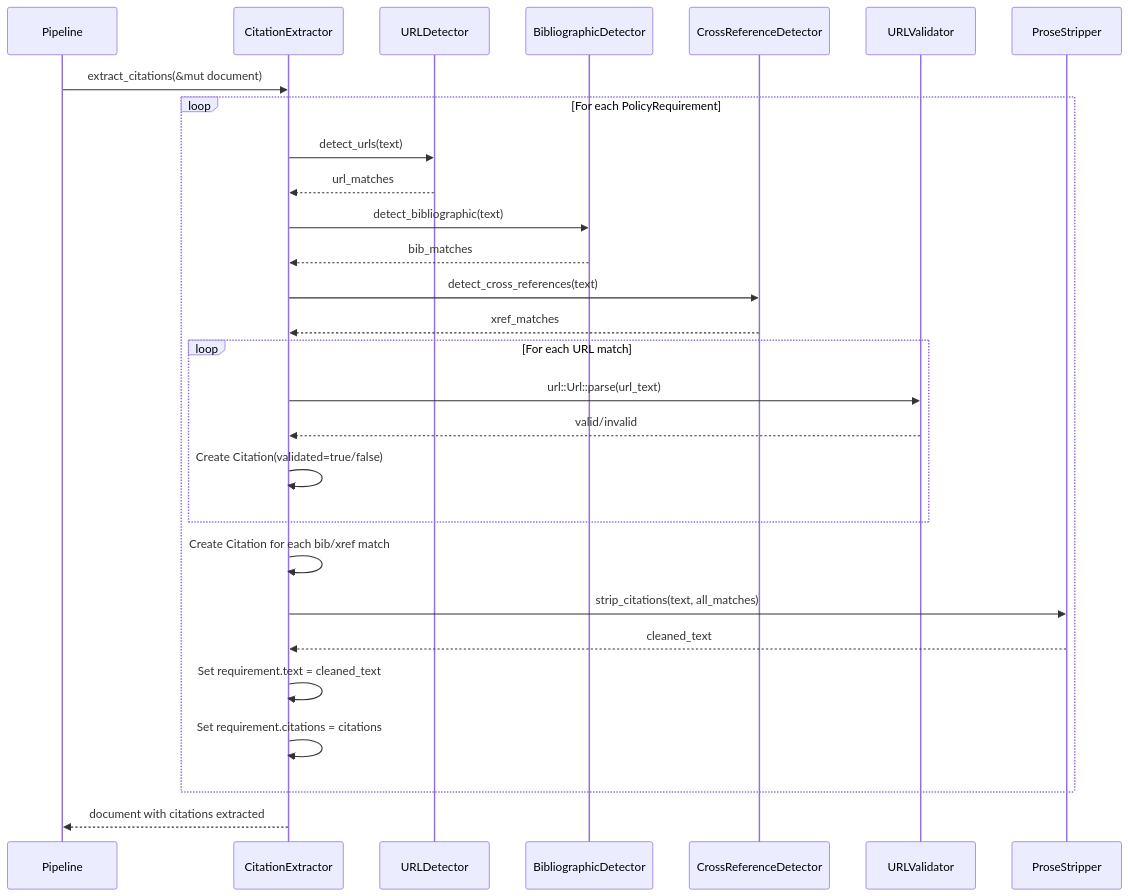
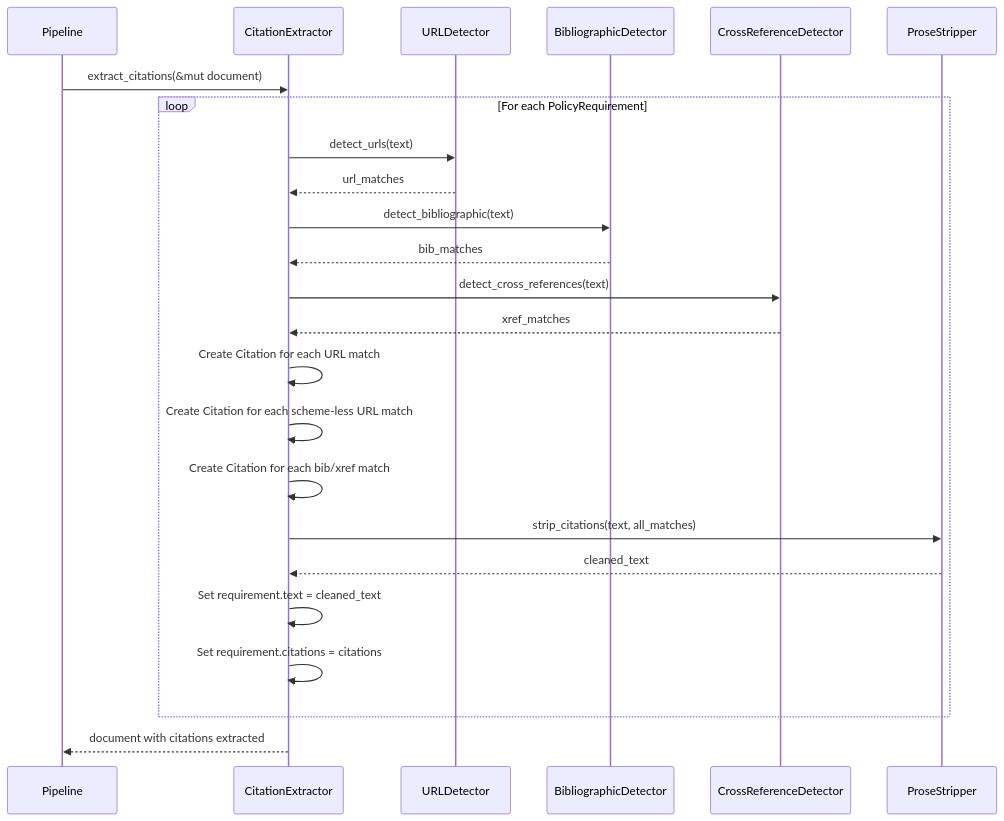
One commit to policy-forge/forge changed the third of 3 diagrams in docs/AR/008-ar-citation-extraction.md. Above: the diagram before and after it, drawn with Mermaid. The commit also changed other lines of this file and 5 other files, not shown here.

````diff
--- a/docs/AR/008-ar-citation-extraction.md
+++ b/docs/AR/008-ar-citation-extraction.md
@@ -274,31 +271,27 @@
 ```mermaid
 sequenceDiagram
     participant P as Pipeline
     participant E as CitationExtractor
     participant U as URLDetector
     participant B as BibliographicDetector
     participant X as CrossReferenceDetector
-    participant V as URLValidator
     participant S as ProseStripper
 
     P->>E: extract_citations(&mut document)
     loop For each PolicyRequirement
         E->>U: detect_urls(text)
         U-->>E: url_matches
         E->>B: detect_bibliographic(text)
         B-->>E: bib_matches
         E->>X: detect_cross_references(text)
         X-->>E: xref_matches
-        loop For each URL match
-            E->>V: url::Url::parse(url_text)
-            V-->>E: valid/invalid
-            E->>E: Create Citation(validated=true/false)
-        end
+        E->>E: Create Citation for each URL match
+        E->>E: Create Citation for each scheme-less URL match
         E->>E: Create Citation for each bib/xref match
         E->>S: strip_citations(text, all_matches)
         S-->>E: cleaned_text
         E->>E: Set requirement.text = cleaned_text
         E->>E: Set requirement.citations = citations
     end
     E-->>P: document with citations extracted
 ```
````
